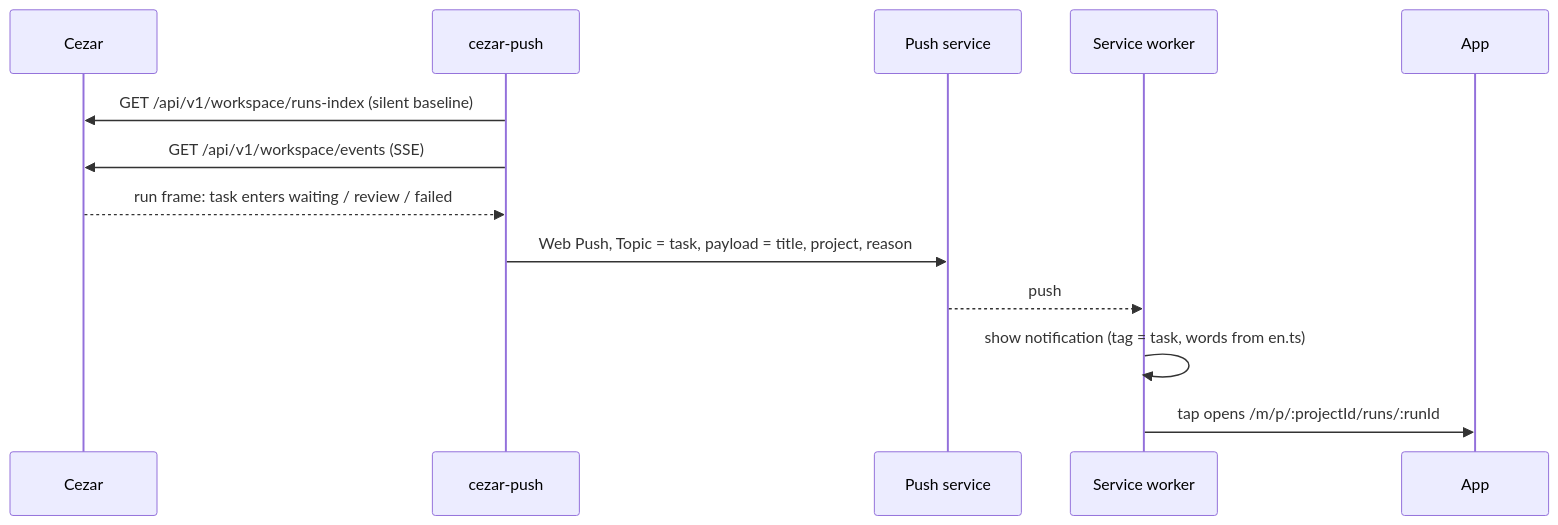
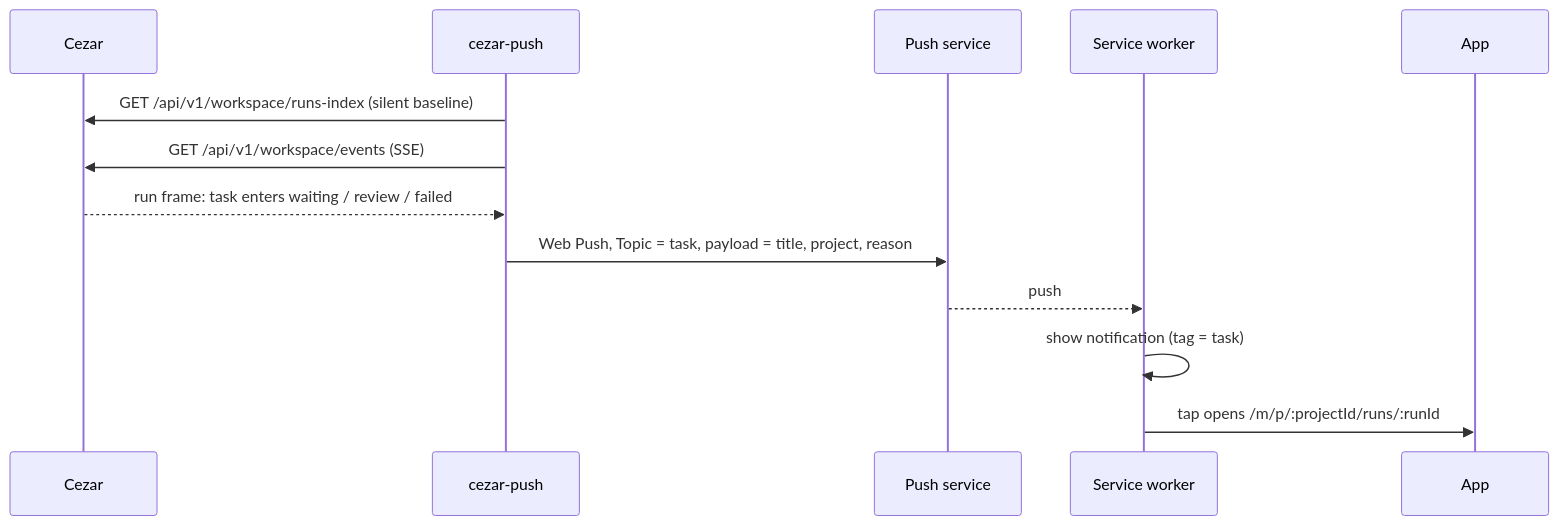
The second of 3 diagrams in README.md (cieyhomelab/cezar-pwa), drawn with Mermaid before and after one commit. The commit also changed other lines of this file and 7 other files, not shown here.

````diff
--- a/README.md
+++ b/README.md
@@ -55,16 +69,16 @@
 ```mermaid
 sequenceDiagram
   participant C as Cezar
   participant S as cezar-push
   participant P as Push service
   participant W as Service worker
   participant A as App
 
   S->>C: GET /api/v1/workspace/runs-index (silent baseline)
   S->>C: GET /api/v1/workspace/events (SSE)
   C-->>S: run frame: task enters waiting / review / failed
   S->>P: Web Push, Topic = task, payload = title, project, reason
   P-->>W: push
-  W->>W: show notification (tag = task, words from en.ts)
+  W->>W: show notification (tag = task)
   W->>A: tap opens /m/p/:projectId/runs/:runId
 ```
````
